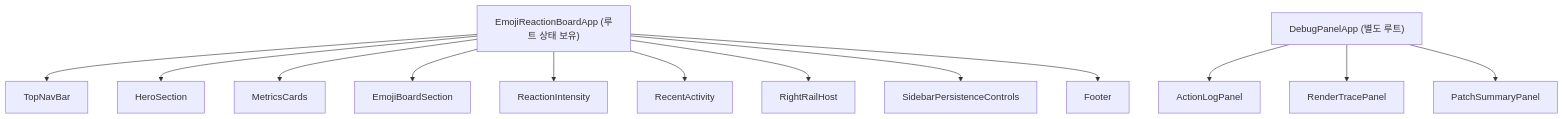
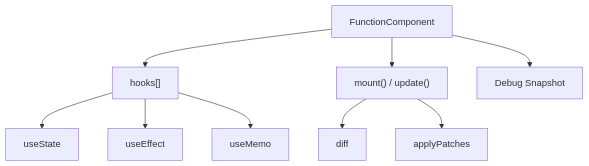
The second of 3 diagrams in README.md (cloud-9-git/baby-react_260401), drawn with Mermaid before and after one commit. The commit also changed other lines of this file and 2 other files, not shown here.

````diff
--- a/README.md
+++ b/README.md
@@ -53,18 +33,11 @@
 ```mermaid
 graph TD
-    A["EmojiReactionBoardApp (루트 상태 보유)"]
-    A --> B["TopNavBar"]
-    A --> C["HeroSection"]
-    A --> D["MetricsCards"]
-    A --> E["EmojiBoardSection"]
-    A --> F["ReactionIntensity"]
-    A --> G["RecentActivity"]
-    A --> H["RightRailHost"]
-    A --> I["SidebarPersistenceControls"]
-    A --> J["Footer"]
-
-    K["DebugPanelApp (별도 루트)"]
-    K --> L["ActionLogPanel"]
-    K --> M["RenderTracePanel"]
-    K --> N["PatchSummaryPanel"]
+    A["FunctionComponent"] --> B["hooks[]"]
+    A --> C["mount() / update()"]
+    B --> D["useState"]
+    B --> E["useEffect"]
+    B --> F["useMemo"]
+    C --> G["diff"]
+    C --> H["applyPatches"]
+    A --> I["Debug Snapshot"]
 ```
````
